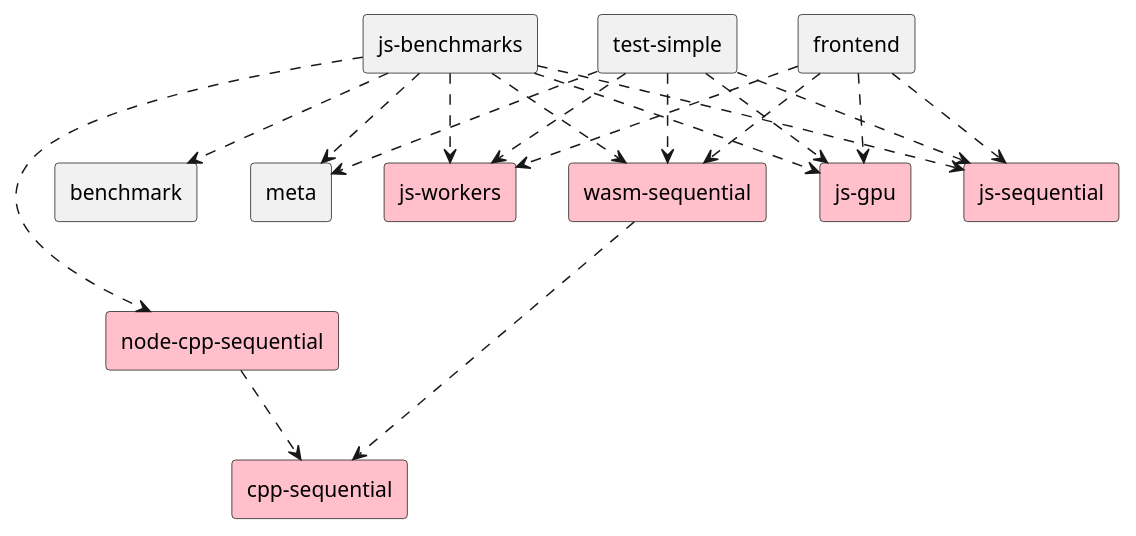
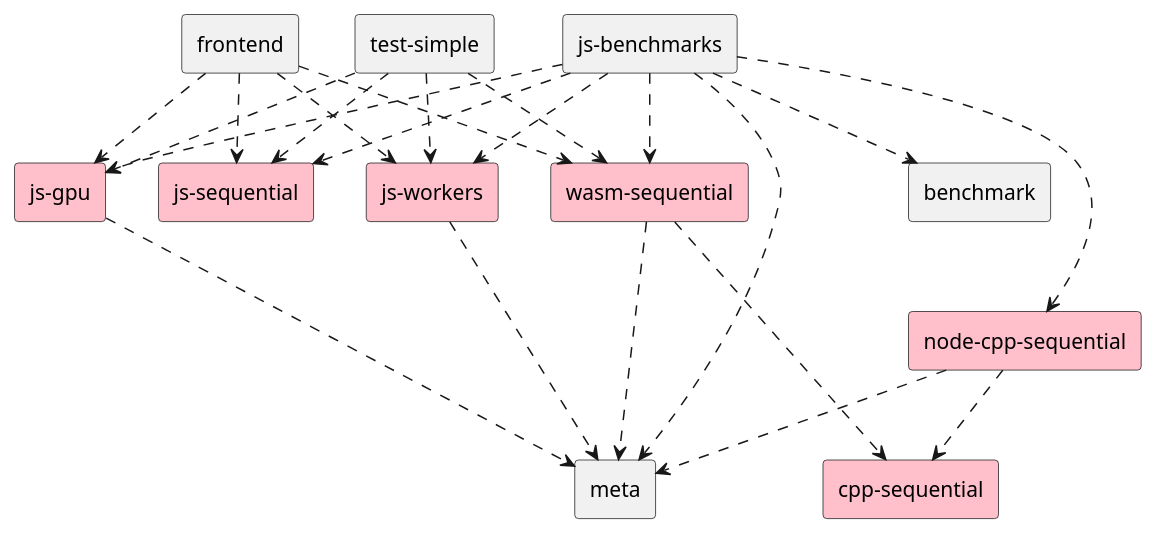
Before and after one commit to damiankoper/js-acceleration: the diagram in docs/src/diagrams/src/deps.puml, drawn with PlantUML. The commit also changed 13 other files, not shown here.

```diff
--- a/docs/src/diagrams/src/deps.puml
+++ b/docs/src/diagrams/src/deps.puml
@@ -1,39 +1,44 @@
 @startuml deps
 
 hide empty members
 rectangle "benchmark" as benchmark
 rectangle "cpp-sequential" as cpp_sequential #pink
 rectangle "frontend" as frontend
 rectangle "js-benchmarks" as js_benchmarks
 rectangle "js-gpu" as js_gpu  #pink
 rectangle "js-sequential" as js_sequential  #pink
 rectangle "js-workers" as js_workers  #pink
 rectangle "meta" as meta
 rectangle "node-cpp-sequential" as node_cpp_sequential  #pink
 rectangle "test-simple" as test_simple
 rectangle "wasm-sequential" as wasm_sequential  #pink
 
 frontend ..>js_gpu
 frontend ..>js_workers
 frontend ..>js_sequential
 frontend ..>wasm_sequential
 
-test_simple ..>meta
 test_simple ..>js_gpu
 test_simple ..>js_workers
 test_simple ..>js_sequential
 test_simple ..>wasm_sequential
 
 js_benchmarks ..>meta
 js_benchmarks ..>js_gpu
 js_benchmarks ..>js_workers
 js_benchmarks ..>js_sequential
 js_benchmarks ..>wasm_sequential
-js_benchmarks ..>node_cpp_sequential
+js_benchmarks ...>node_cpp_sequential
 
 js_benchmarks ..> benchmark
 
 wasm_sequential ...>cpp_sequential
 node_cpp_sequential ..>cpp_sequential
 
+js_workers ..>meta
+wasm_sequential ..>meta
+js_gpu ..>meta
+node_cpp_sequential ..>meta
+
+
 @enduml
```
